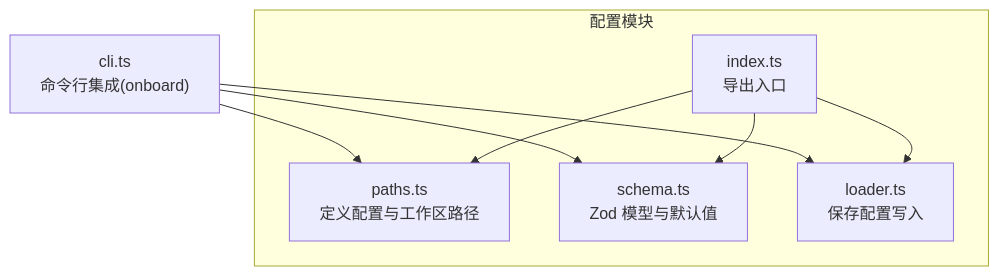
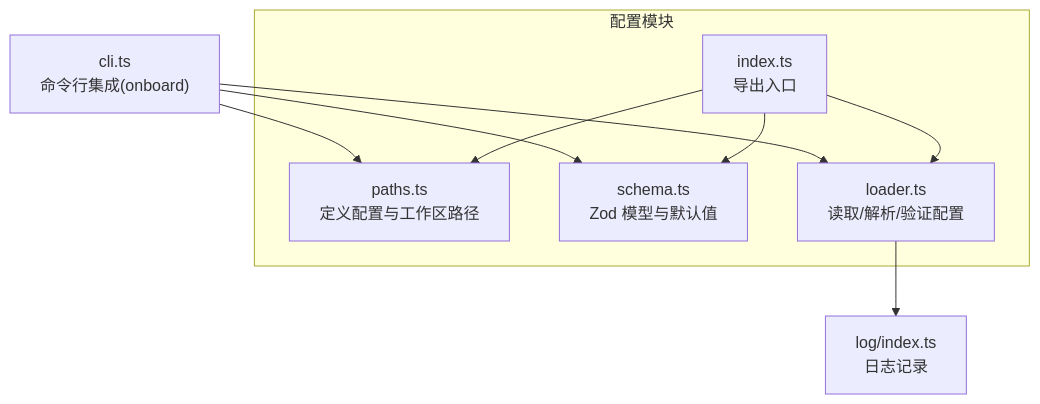
Before and after one commit to neciszhang/batbot: the first of 4 diagrams in .qoder/repowiki/zh/content/配置系统/配置加载器.md, drawn with Mermaid. The commit also changed other lines of this file and 7 other files, not shown here.

````diff
--- a/.qoder/repowiki/zh/content/配置系统/配置加载器.md
+++ b/.qoder/repowiki/zh/content/配置系统/配置加载器.md
@@ -45,16 +46,18 @@
 ```mermaid
 graph TB
 subgraph "配置模块"
 P["paths.ts<br/>定义配置与工作区路径"]
 S["schema.ts<br/>Zod 模型与默认值"]
-L["loader.ts<br/>保存配置写入"]
+L["loader.ts<br/>读取/解析/验证配置"]
 I["index.ts<br/>导出入口"]
 end
 C["cli.ts<br/>命令行集成(onboard)"]
+LOG["log/index.ts<br/>日志记录"]
 C --> P
 C --> S
 C --> L
+L --> LOG
 I --> P
 I --> S
 I --> L
 ```
````
